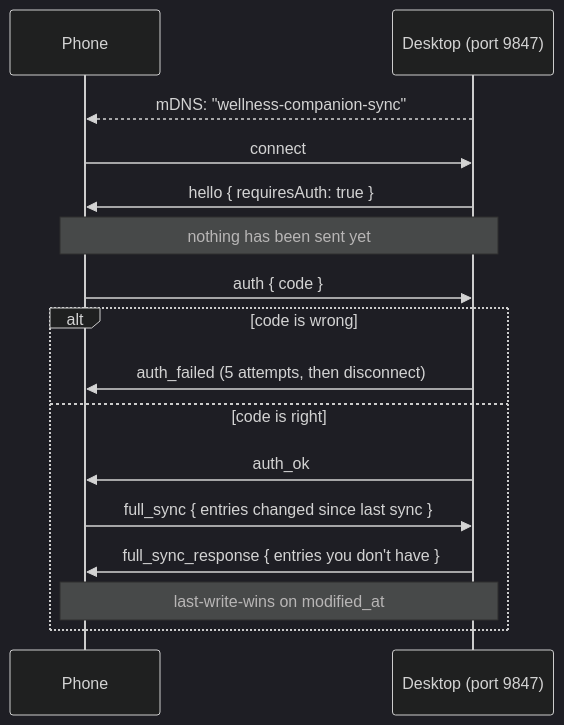
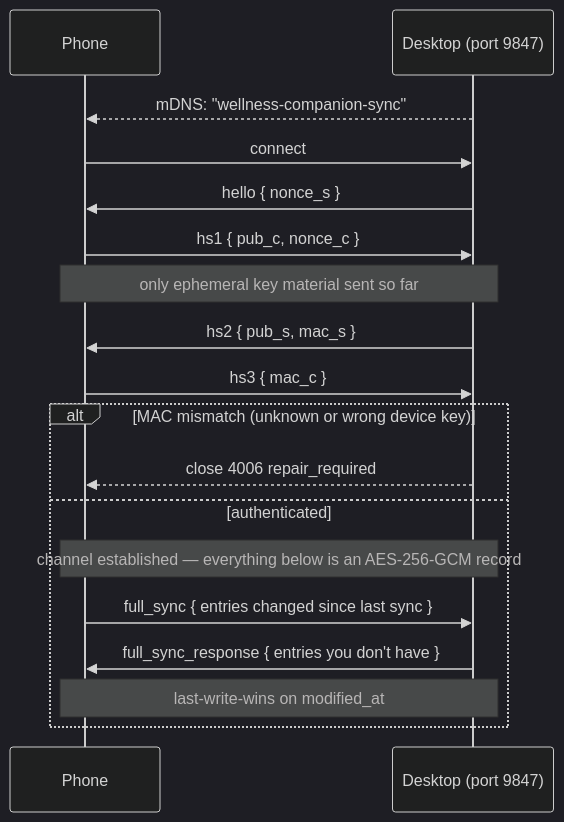
The diagram in README.md (Redrum624/wellness-companion), drawn with Mermaid (dark theme) before and after one commit. The commit also changed other lines of this file and 3 other files, not shown here.

````diff
--- a/README.md
+++ b/README.md
@@ -333,18 +340,20 @@
 ```mermaid
 sequenceDiagram
     participant P as Phone
     participant D as Desktop (port 9847)
     D-->>P: mDNS: "wellness-companion-sync"
     P->>D: connect
-    D->>P: hello { requiresAuth: true }
-    Note over P,D: nothing has been sent yet
-    P->>D: auth { code }
-    alt code is wrong
-        D->>P: auth_failed (5 attempts, then disconnect)
-    else code is right
-        D->>P: auth_ok
+    D->>P: hello { nonce_s }
+    P->>D: hs1 { pub_c, nonce_c }
+    Note over P,D: only ephemeral key material sent so far
+    D->>P: hs2 { pub_s, mac_s }
+    P->>D: hs3 { mac_c }
+    alt MAC mismatch (unknown or wrong device key)
+        D-->>P: close 4006 repair_required
+    else authenticated
+        Note over P,D: channel established — everything below is an AES-256-GCM record
         P->>D: full_sync { entries changed since last sync }
         D->>P: full_sync_response { entries you don't have }
         Note over P,D: last-write-wins on modified_at
     end
 ```
````
